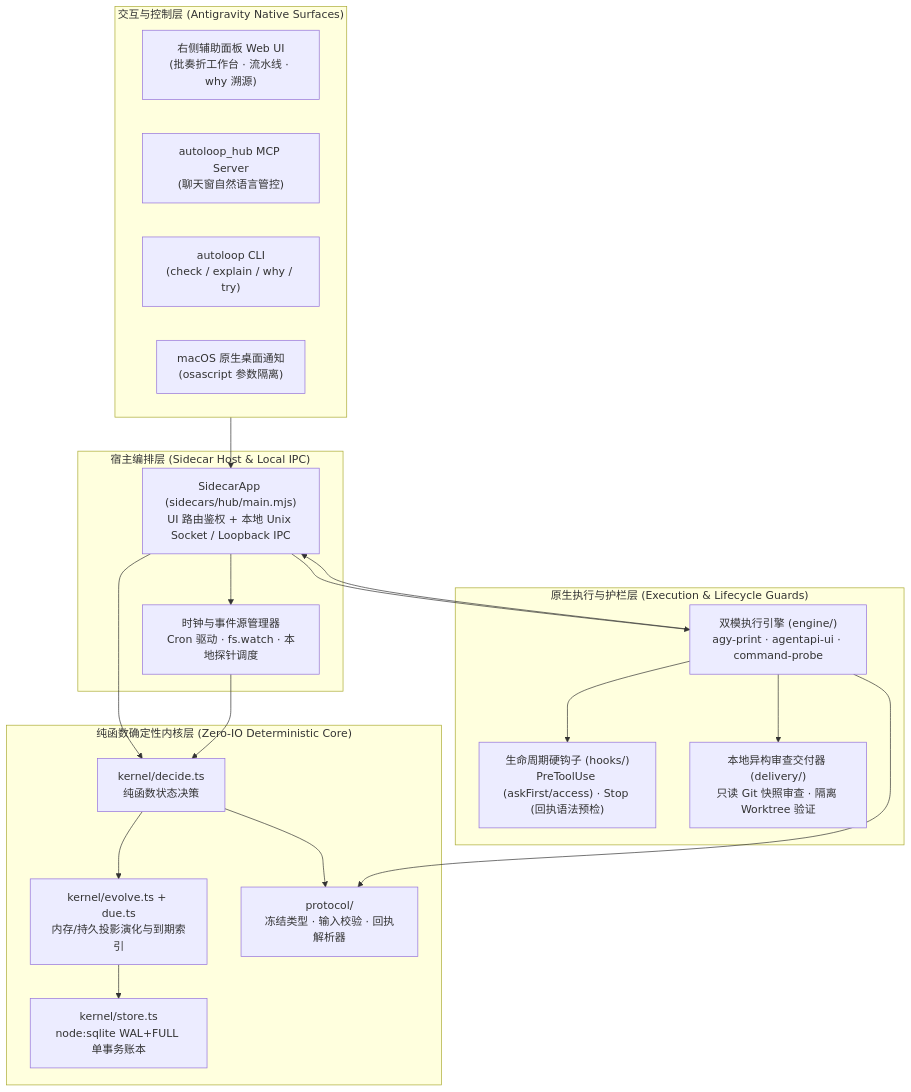
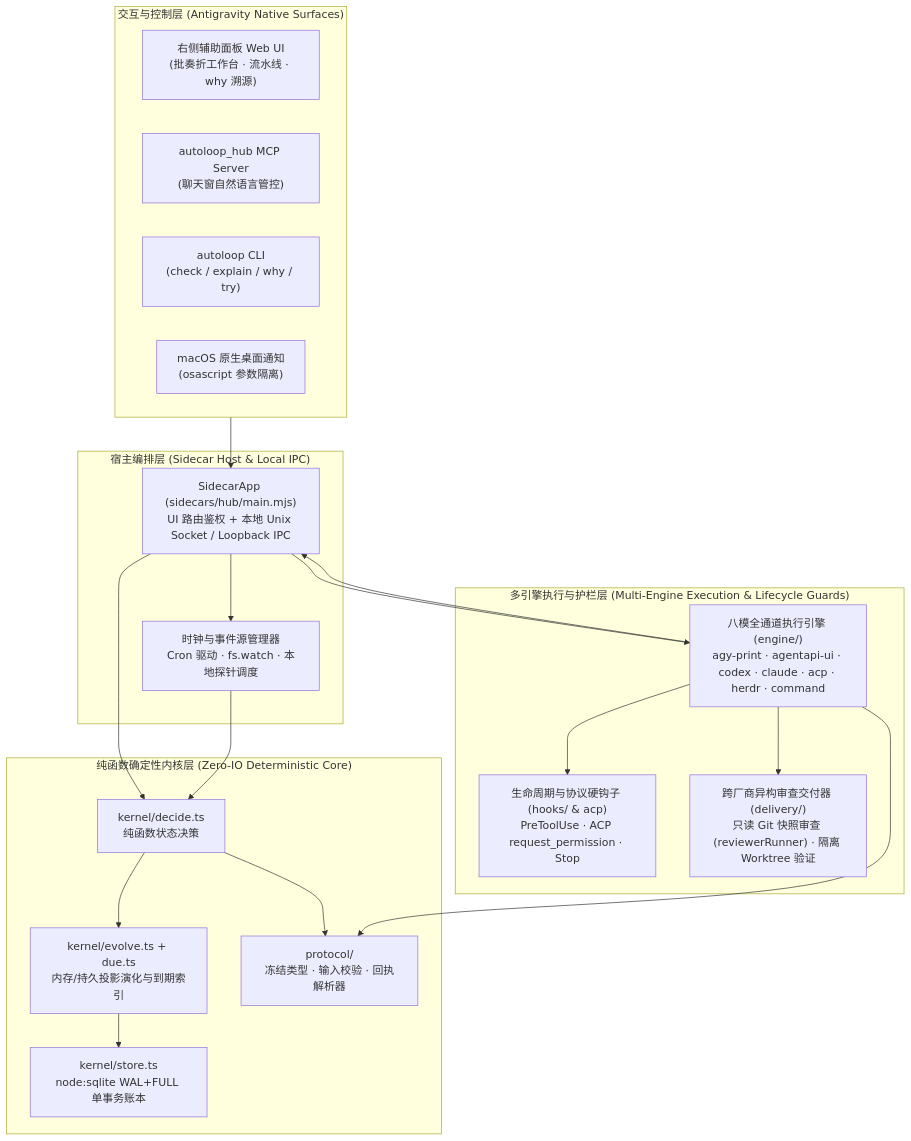
The diagram in docs/03-system-architecture-and-protocol.md (jlcbk/Antigravity-autoloop), drawn with Mermaid before and after one commit. The commit also changed other lines of this file and 6 other files, not shown here.

Commit message:
feat(delivery,docs): add reviewerRunner config & sync v1.2.0 8-runner docs and skills

````diff
--- a/docs/03-system-architecture-and-protocol.md
+++ b/docs/03-system-architecture-and-protocol.md
@@ -11,39 +11,39 @@
 ```mermaid
 flowchart TB
     subgraph Surface["交互与控制层 (Antigravity Native Surfaces)"]
         UI["右侧辅助面板 Web UI<br/>(批奏折工作台 · 流水线 · why 溯源)"]
         MCP["autoloop_hub MCP Server<br/>(聊天窗自然语言管控)"]
         CLI["autoloop CLI<br/>(check / explain / why / try)"]
         NOTIFY["macOS 原生桌面通知<br/>(osascript 参数隔离)"]
     end
 
     subgraph Daemon["宿主编排层 (Sidecar Host & Local IPC)"]
         SC["SidecarApp (sidecars/hub/main.mjs)<br/>UI 路由鉴权 + 本地 Unix Socket / Loopback IPC"]
         TICK["时钟与事件源管理器<br/>Cron 驱动 · fs.watch · 本地探针调度"]
     end
 
-    subgraph Execution["原生执行与护栏层 (Execution & Lifecycle Guards)"]
-        ENG["双模执行引擎 (engine/)<br/>agy-print · agentapi-ui · command-probe"]
-        HOOKS["生命周期硬钩子 (hooks/)<br/>PreToolUse (askFirst/access) · Stop (回执语法预检)"]
-        DELIV["本地异构审查交付器 (delivery/)<br/>只读 Git 快照审查 · 隔离 Worktree 验证"]
+    subgraph Execution["多引擎执行与护栏层 (Multi-Engine Execution & Lifecycle Guards)"]
+        ENG["八模全通道执行引擎 (engine/)<br/>agy-print · agentapi-ui · codex · claude · acp · herdr · command"]
+        HOOKS["生命周期与协议硬钩子 (hooks/ & acp)<br/>PreToolUse · ACP request_permission · Stop"]
+        DELIV["跨厂商异构审查交付器 (delivery/)<br/>只读 Git 快照审查 (reviewerRunner) · 隔离 Worktree 验证"]
     end
 
     subgraph Core["纯函数确定性内核层 (Zero-IO Deterministic Core)"]
         DECIDE["kernel/decide.ts<br/>纯函数状态决策"]
         EVOLVE["kernel/evolve.ts + due.ts<br/>内存/持久投影演化与到期索引"]
         STORE["kernel/store.ts<br/>node:sqlite WAL+FULL 单事务账本"]
         PROTO["protocol/<br/>冻结类型 · 输入校验 · 回执解析器"]
     end
 
     Surface --> SC
     SC --> TICK
     SC --> ENG
     SC --> DECIDE
     TICK --> DECIDE
     ENG --> HOOKS
     ENG --> DELIV
     ENG --> SC
     DECIDE --> EVOLVE --> STORE
     DECIDE --> PROTO
     ENG --> PROTO
 ```
````
